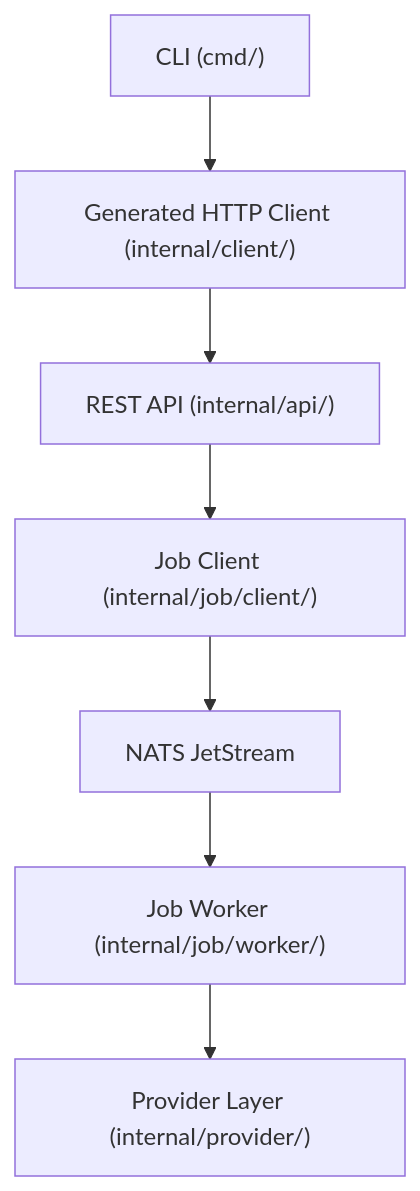
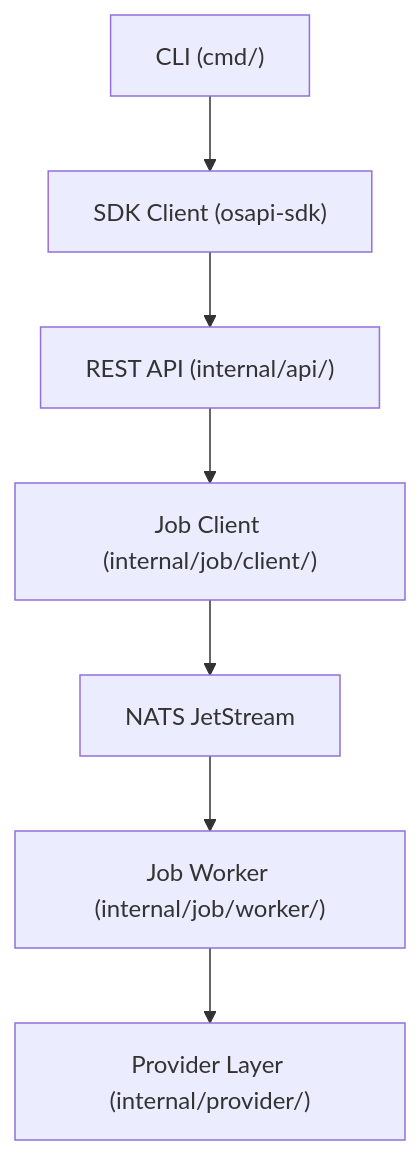
One commit to osapi-io/osapi changed the first of 2 diagrams in docs/docs/sidebar/architecture/system-architecture.md. Above: the diagram before and after it, drawn with Mermaid. The commit also changed other lines of this file and 66 other files, not shown here.

First line of the commit message:
refactor(client): Replace internal client with osapi-sdk (#186)

````diff
--- a/docs/docs/sidebar/architecture/system-architecture.md
+++ b/docs/docs/sidebar/architecture/system-architecture.md
@@ -25,9 +25,9 @@
 ```mermaid
 graph TD
-    CLI["CLI (cmd/)"] --> Client["Generated HTTP Client (internal/client/)"]
-    Client --> API["REST API (internal/api/)"]
+    CLI["CLI (cmd/)"] --> SDK["SDK Client (osapi-sdk)"]
+    SDK --> API["REST API (internal/api/)"]
     API --> JobClient["Job Client (internal/job/client/)"]
     JobClient --> NATS["NATS JetStream"]
     NATS --> Worker["Job Worker (internal/job/worker/)"]
     Worker --> Provider["Provider Layer (internal/provider/)"]
 ```
````
